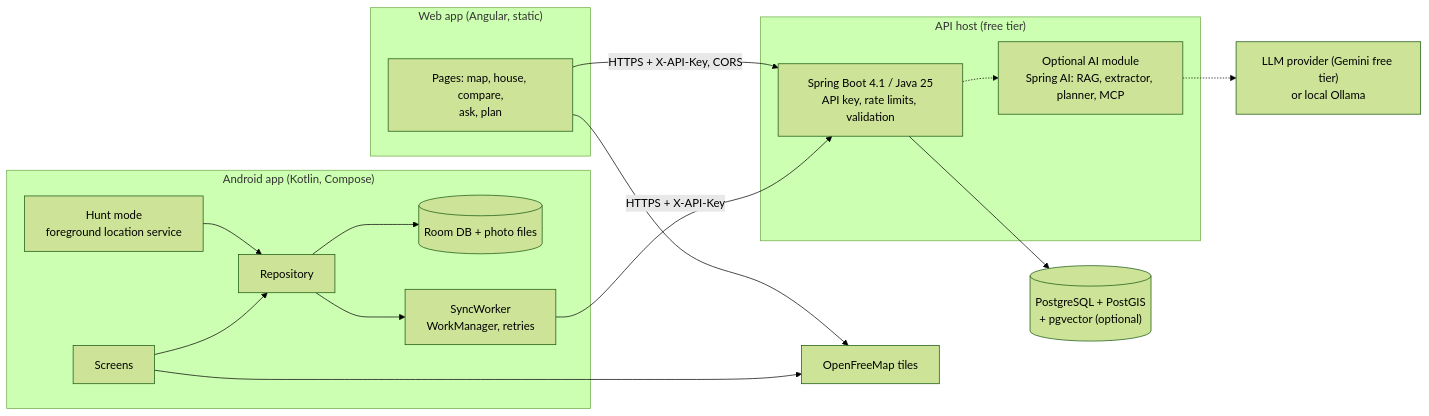
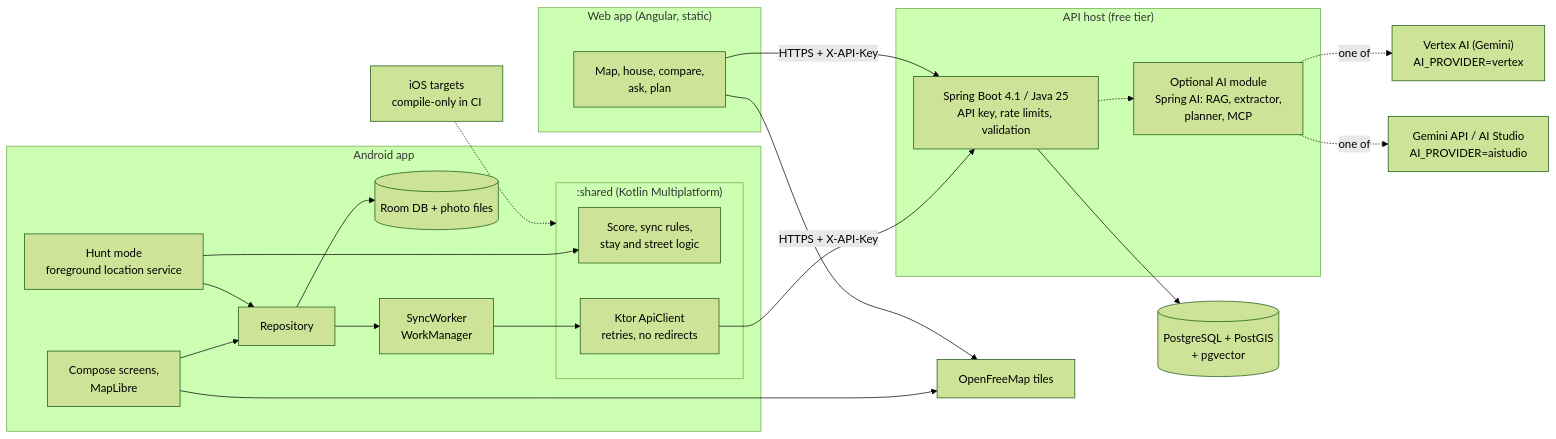
One commit to Sriram-Codes-SW/doorprints changed the diagram in README.md. Above: the diagram before and after it, drawn with Mermaid (forest theme). The commit also changed other lines of this file and 14 other files, not shown here.

````diff
--- a/README.md
+++ b/README.md
@@ -39,26 +64,35 @@
 ```mermaid
 flowchart LR
-    subgraph Phone["Android app (Kotlin, Compose)"]
-        UI["Screens"] --> Repo["Repository"]
+    subgraph Phone["Android app"]
+        UI["Compose screens,<br/>MapLibre"] --> Repo["Repository"]
         Hunt["Hunt mode<br/>foreground location service"] --> Repo
         Repo --> Room[("Room DB + photo files")]
-        Repo --> Sync["SyncWorker<br/>WorkManager, retries"]
+        Repo --> Sync["SyncWorker<br/>WorkManager"]
+        subgraph Shared[":shared (Kotlin Multiplatform)"]
+            Rules["Score, sync rules,<br/>stay and street logic"]
+            Client["Ktor ApiClient<br/>retries, no redirects"]
+        end
+        Hunt --> Rules
+        Sync --> Client
     end
+    iOS["iOS targets<br/>compile-only in CI"] -.-> Shared
     subgraph Browser["Web app (Angular, static)"]
-        SPA["Pages: map, house, compare,<br/>ask, plan"]
+        SPA["Map, house, compare,<br/>ask, plan"]
     end
     subgraph Host["API host (free tier)"]
         API["Spring Boot 4.1 / Java 25<br/>API key, rate limits, validation"]
-        AI["Optional AI module<br/>Spring AI: RAG, extractor, planner, MCP"]
+        AI["Optional AI module<br/>Spring AI: RAG, extractor,<br/>planner, MCP"]
     end
-    DB[("PostgreSQL + PostGIS<br/>+ pgvector (optional)")]
+    DB[("PostgreSQL + PostGIS<br/>+ pgvector")]
     Tiles["OpenFreeMap tiles"]
-    LLM["LLM provider (Gemini free tier)<br/>or local Ollama"]
-    Sync -->|"HTTPS + X-API-Key"| API
-    SPA -->|"HTTPS + X-API-Key, CORS"| API
+    Vertex["Vertex AI (Gemini)<br/>AI_PROVIDER=vertex"]
+    Studio["Gemini API / AI Studio<br/>AI_PROVIDER=aistudio"]
+    Client -->|"HTTPS + X-API-Key"| API
+    SPA -->|"HTTPS + X-API-Key"| API
     API --> DB
     API -.-> AI
-    AI -.-> LLM
+    AI -.->|"one of"| Vertex
+    AI -.->|"one of"| Studio
     UI --> Tiles
     SPA --> Tiles
 ```
````
